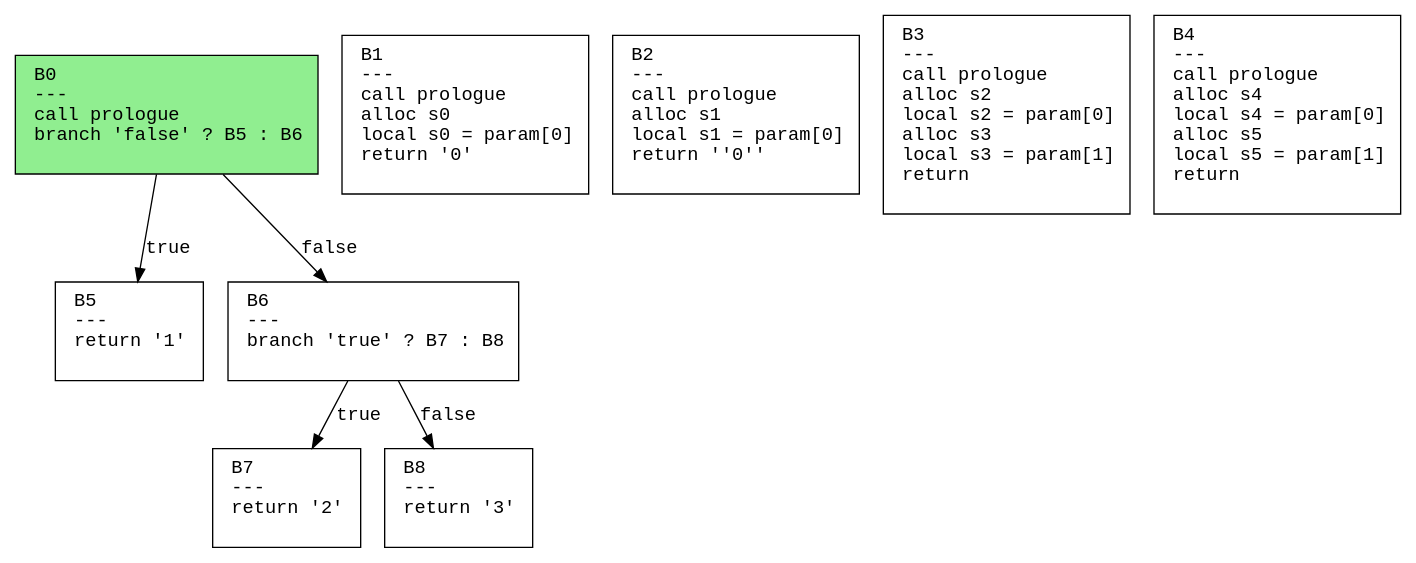
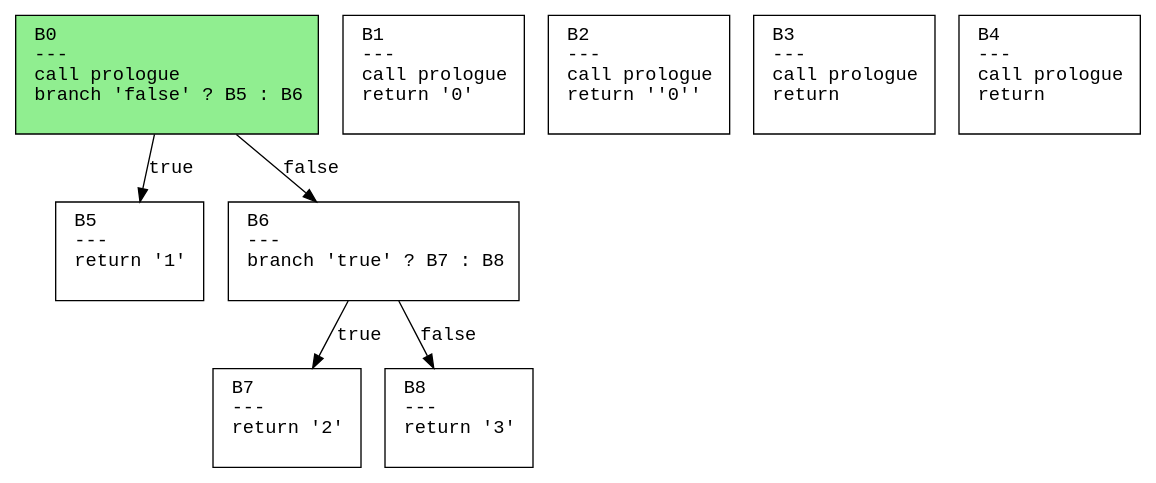
One commit to safarislava/ProcTranslator changed the diagram in schemes/return.dot. Above: the diagram before and after it, drawn with Graphviz. The commit also changed 26 other files, not shown here.

```diff
--- a/schemes/return.dot
+++ b/schemes/return.dot
@@ -1,20 +1,20 @@
 digraph CFG {
   rankdir=TB;
   node [shape=box, fontname="Courier", style=filled, fillcolor=white, margin="0.2,0.1"];
   edge [fontname="Courier"];
 
   "B0" [label="B0\l---\lcall prologue\lbranch 'false' ? B5 : B6\l "];
-  "B1" [label="B1\l---\lcall prologue\lalloc s0\llocal s0 = param[0]\lreturn '0'\l "];
-  "B2" [label="B2\l---\lcall prologue\lalloc s1\llocal s1 = param[0]\lreturn ''0''\l "];
-  "B3" [label="B3\l---\lcall prologue\lalloc s2\llocal s2 = param[0]\lalloc s3\llocal s3 = param[1]\lreturn\l "];
-  "B4" [label="B4\l---\lcall prologue\lalloc s4\llocal s4 = param[0]\lalloc s5\llocal s5 = param[1]\lreturn\l "];
+  "B1" [label="B1\l---\lcall prologue\lreturn '0'\l "];
+  "B2" [label="B2\l---\lcall prologue\lreturn ''0''\l "];
+  "B3" [label="B3\l---\lcall prologue\lreturn\l "];
+  "B4" [label="B4\l---\lcall prologue\lreturn\l "];
   "B5" [label="B5\l---\lreturn '1'\l "];
   "B6" [label="B6\l---\lbranch 'true' ? B7 : B8\l "];
   "B7" [label="B7\l---\lreturn '2'\l "];
   "B8" [label="B8\l---\lreturn '3'\l "];
   "B0" -> "B5" [label="true"];
   "B0" -> "B6" [label="false"];
   "B6" -> "B7" [label="true"];
   "B6" -> "B8" [label="false"];
   "B0" [fillcolor=lightgreen];
 }
```
